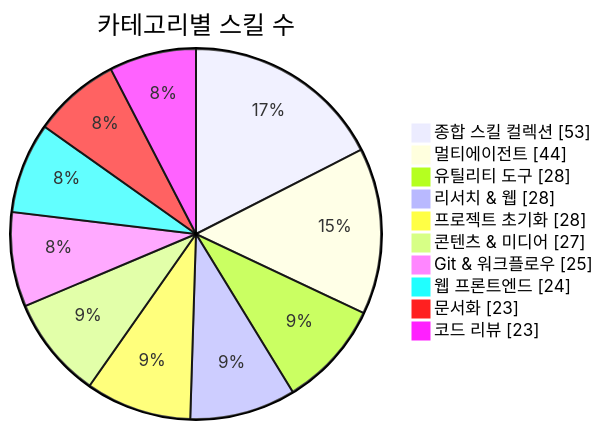
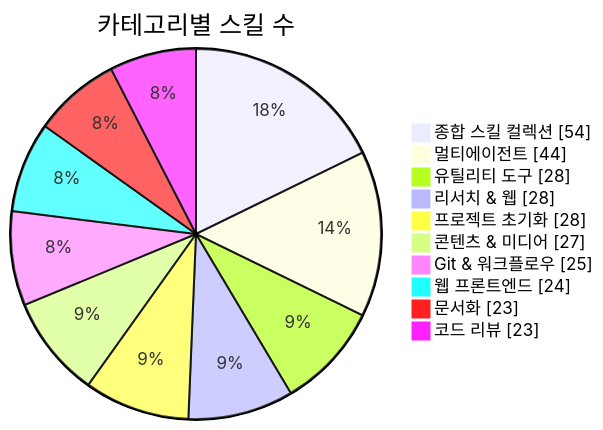
One commit to J-nowcow/awesome-korean-agent-skills changed the first of 3 diagrams in README.md. Above: the diagram before and after it, drawn with Mermaid. The commit also changed other lines of this file and 5 other files, not shown here.

````diff
--- a/README.md
+++ b/README.md
@@ -176,14 +176,14 @@
 ```mermaid
 pie showData
     title 카테고리별 스킬 수
-    "종합 스킬 컬렉션" : 53
+    "종합 스킬 컬렉션" : 54
     "멀티에이전트" : 44
     "유틸리티 도구" : 28
     "리서치 & 웹" : 28
     "프로젝트 초기화" : 28
     "콘텐츠 & 미디어" : 27
     "Git & 워크플로우" : 25
     "웹 프론트엔드" : 24
     "문서화" : 23
     "코드 리뷰" : 23
 ```
````
